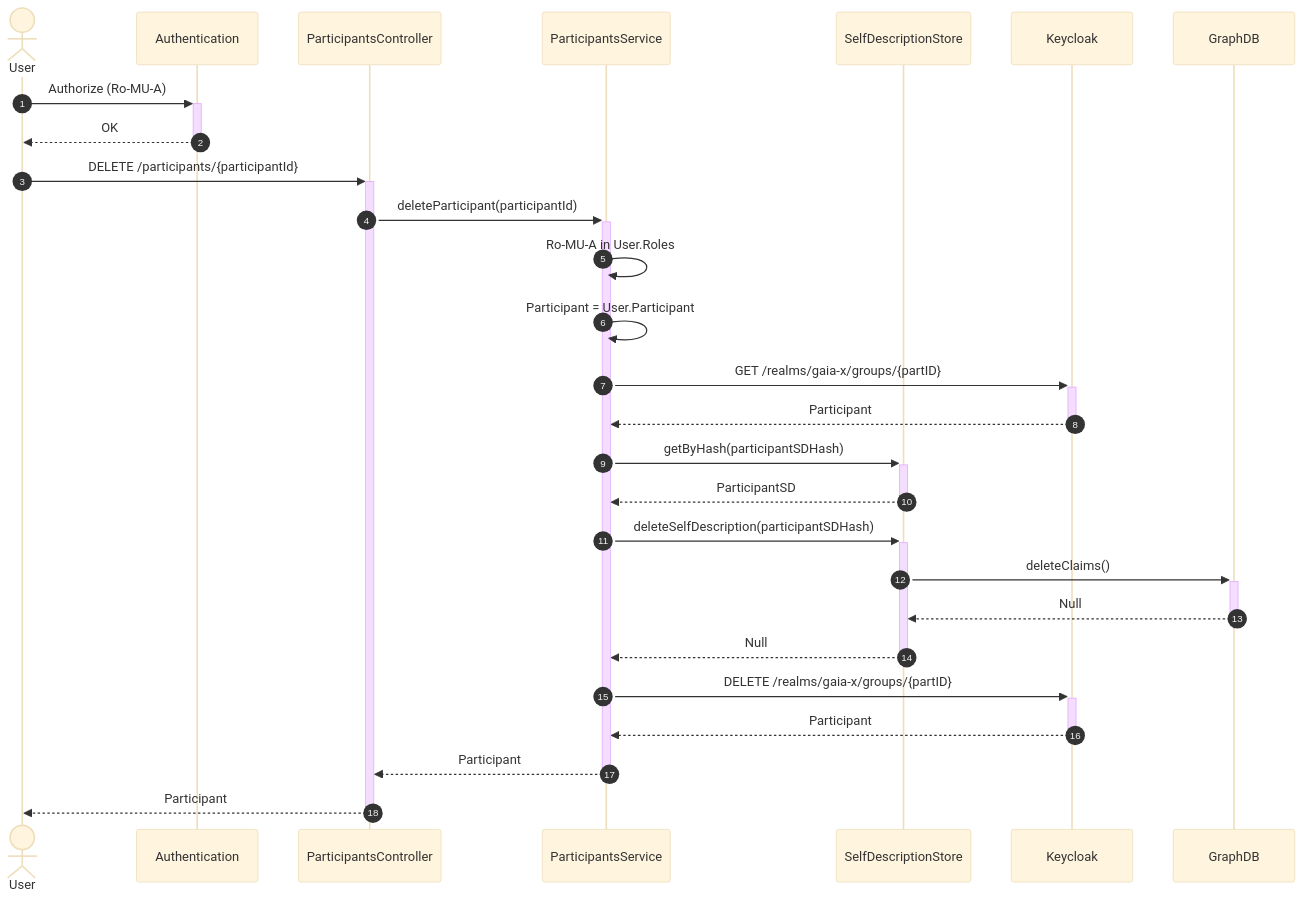
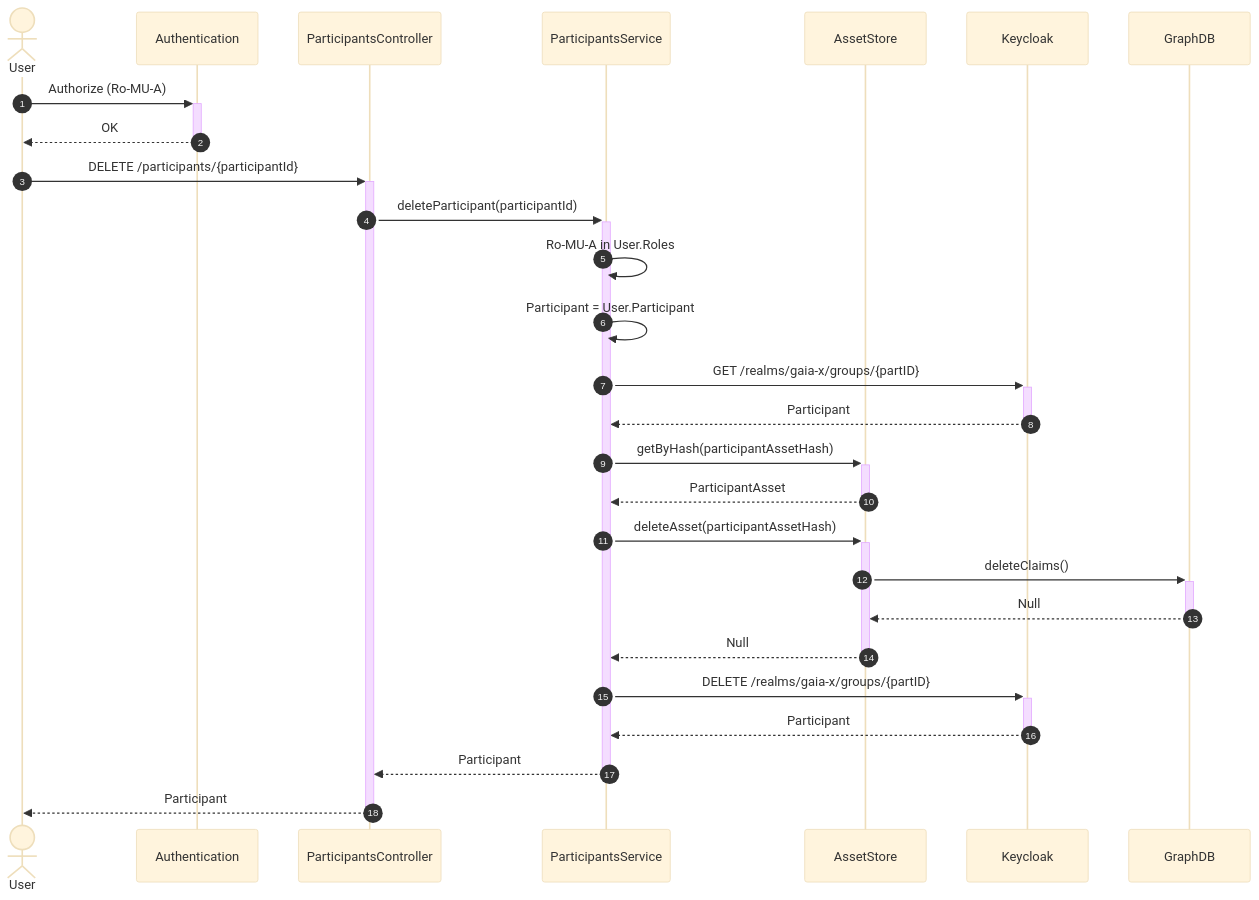
Before and after one commit to federated-catalogue-enhancements-2026/docs: the seventh of 34 diagrams in federated-catalogue/src/docs/architecture/chapters/06_runtime_view.adoc, drawn with Mermaid (base theme). The commit also changed other lines of this file and 11 other files, not shown here.

```diff
--- a/federated-catalogue/src/docs/architecture/chapters/06_runtime_view.adoc
+++ b/federated-catalogue/src/docs/architecture/chapters/06_runtime_view.adoc
@@ -253,41 +253,41 @@
 [mermaid, width=2000]
 ....
     sequenceDiagram
         autonumber
         actor User
         participant Auth as Authentication
 
         participant API as ParticipantsController
         participant Parti as ParticipantsService
-        participant SDStore as SelfDescriptionStore
+        participant AssetStore as AssetStore
         participant Keycloak
         participant Graph as GraphDB
 
         User ->> + Auth:Authorize (Ro-MU-A)
         Auth -->> - User:OK
 
         User ->> + API:DELETE /participants/{participantId}
 
         API ->> + Parti: deleteParticipant(participantId)
 
         Parti ->> Parti: Ro-MU-A in User.Roles
         Parti ->> Parti: Participant = User.Participant
 
         Parti ->> + Keycloak: GET /realms/gaia-x/groups/{partID}
         Keycloak -->> - Parti: Participant
 
-        Parti ->> + SDStore: getByHash(participantSDHash)
-        SDStore -->> - Parti: ParticipantSD
+        Parti ->> + AssetStore: getByHash(participantAssetHash)
+        AssetStore -->> - Parti: ParticipantAsset
 
-        Parti ->> + SDStore: deleteSelfDescription(participantSDHash)
-        SDStore ->> + Graph: deleteClaims()
-        Graph -->> - SDStore:Null
-        SDStore -->> - Parti: Null
+        Parti ->> + AssetStore: deleteAsset(participantAssetHash)
+        AssetStore ->> + Graph: deleteClaims()
+        Graph -->> - AssetStore:Null
+        AssetStore -->> - Parti: Null
 
         Parti ->> + Keycloak: DELETE /realms/gaia-x/groups/{partID}
         Keycloak -->> - Parti: Participant
 
         Parti -->> - API: Participant
 
         API -->> - User: Participant
 ....
```
